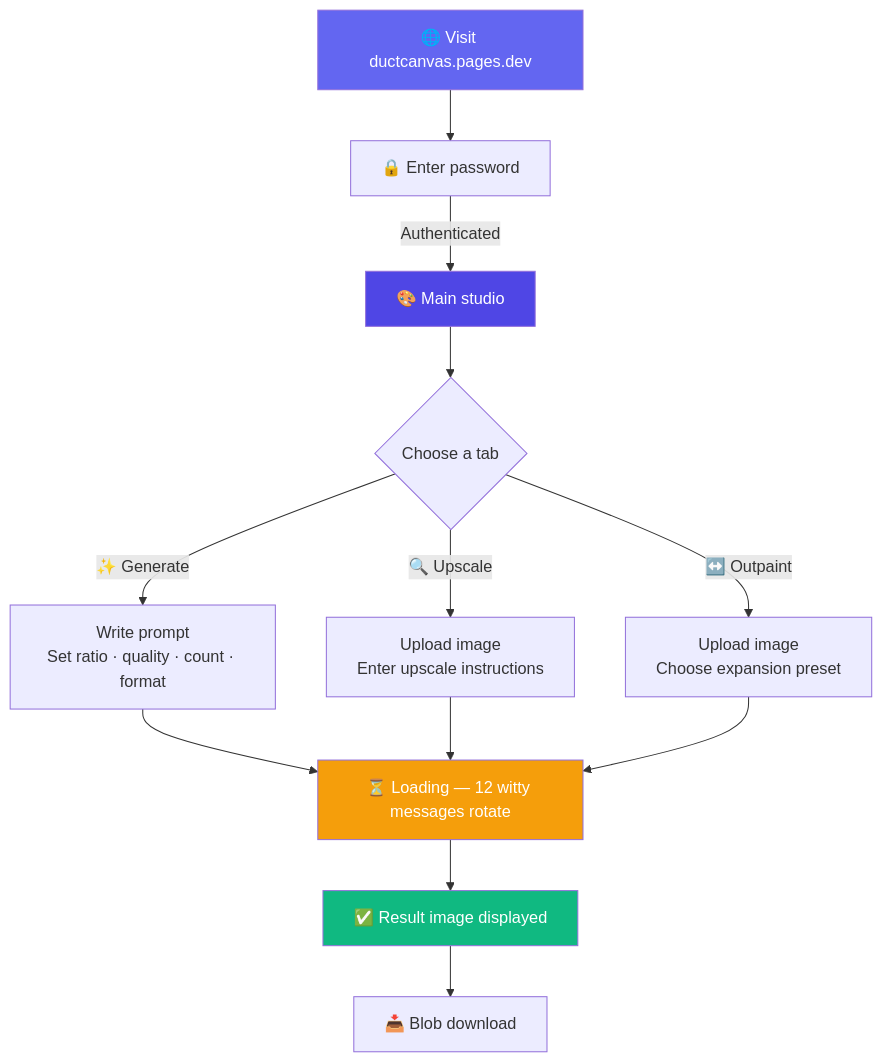
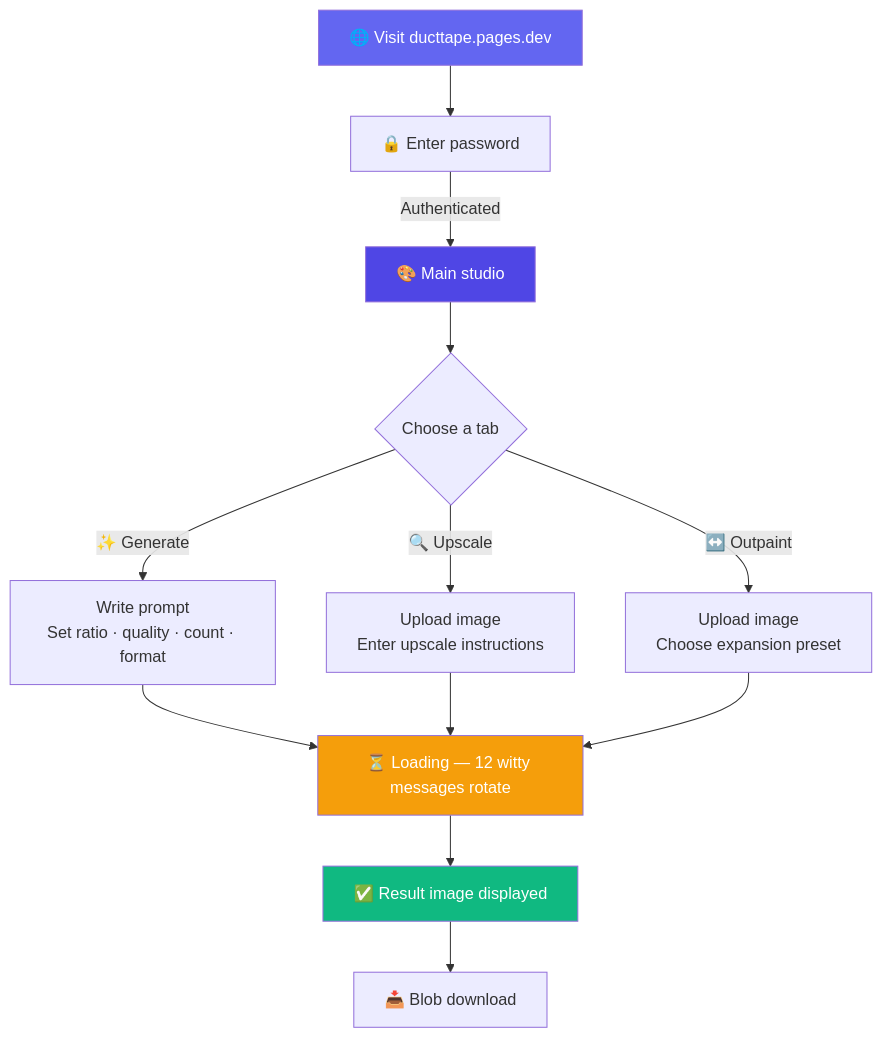
Before and after one commit to izowooi/crispy-web: the first of 2 diagrams in ductcanvas/README_EN.md, drawn with Mermaid. The commit also changed other lines of this file and 1 other file, not shown here.

Commit message:
ductcanvas: 배포 URL 수정 (ductcanvas → ducttape.pages.dev)

````diff
--- a/ductcanvas/README_EN.md
+++ b/ductcanvas/README_EN.md
@@ -50,19 +50,19 @@
 ```mermaid
 graph TD
-    A[🌐 Visit ductcanvas.pages.dev] --> B[🔒 Enter password]
+    A[🌐 Visit ducttape.pages.dev] --> B[🔒 Enter password]
     B -->|Authenticated| C[🎨 Main studio]
     C --> D{Choose a tab}
     D -->|✨ Generate| E[Write prompt<br/>Set ratio · quality · count · format]
     D -->|🔍 Upscale| F[Upload image<br/>Enter upscale instructions]
     D -->|↔️ Outpaint| G[Upload image<br/>Choose expansion preset]
     E --> H[⏳ Loading — 12 witty messages rotate]
     F --> H
     G --> H
     H --> I[✅ Result image displayed]
     I --> J[📥 Blob download]
 
     style A fill:#6366f1,color:#fff
     style C fill:#4f46e5,color:#fff
     style H fill:#f59e0b,color:#fff
     style I fill:#10b981,color:#fff
 ```
````
